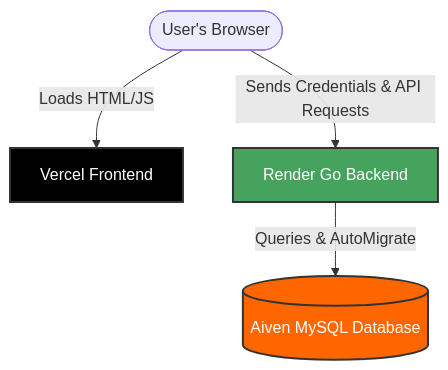
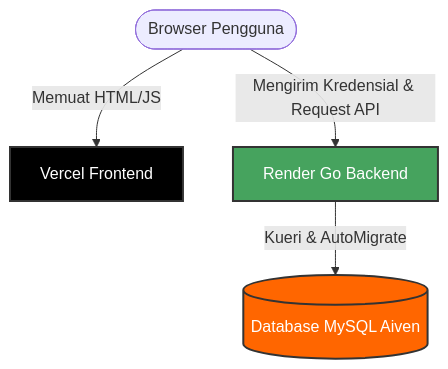
One commit to Rauf74/recipe-scale changed the diagram in DEPLOYMENT_STORY.md. Above: the diagram before and after it, drawn with Mermaid. The commit also changed other lines of this file, not shown here.

````diff
--- a/DEPLOYMENT_STORY.md
+++ b/DEPLOYMENT_STORY.md
@@ -10,10 +10,10 @@
 ```mermaid
 graph TD
-    User([User's Browser]) -->|Loads HTML/JS| Vercel[Vercel Frontend]
-    User -->|Sends Credentials & API Requests| Render[Render Go Backend]
-    Render -->|Queries & AutoMigrate| DB[(Aiven MySQL Database)]
+    User([Browser Pengguna]) -->|Memuat HTML/JS| Vercel[Vercel Frontend]
+    User -->|Mengirim Kredensial & Request API| Render[Render Go Backend]
+    Render -->|Kueri & AutoMigrate| DB[(Database MySQL Aiven)]
     
     style Vercel fill:#000,stroke:#333,stroke-width:2px,color:#fff
     style Render fill:#46a35e,stroke:#333,stroke-width:2px,color:#fff
     style DB fill:#ff6600,stroke:#333,stroke-width:2px,color:#fff
 ```
````
